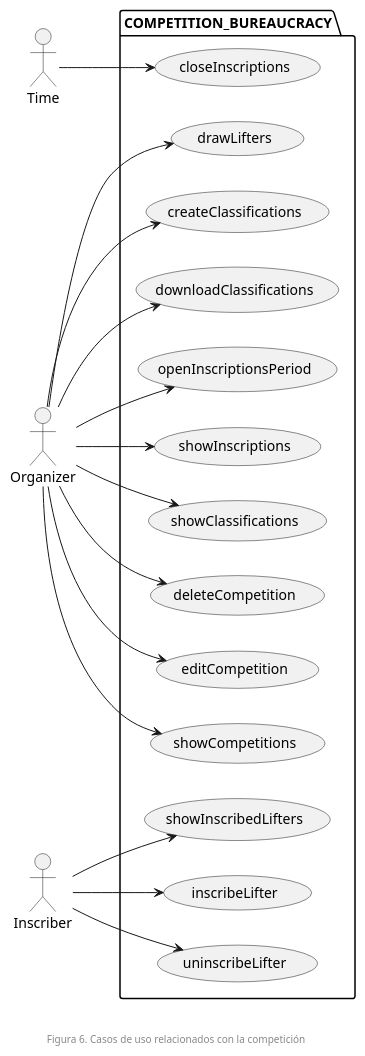
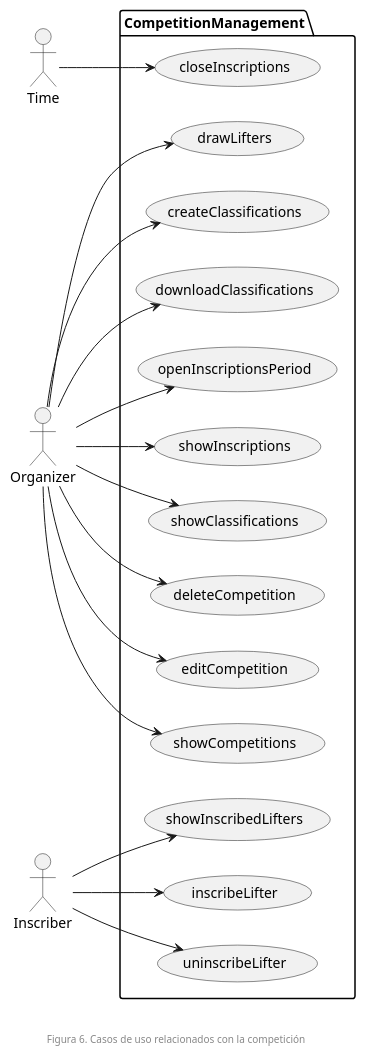
One commit to zuldare/mastercloud_pfm_halterocms changed the diagram in documentation/diagrams/usecases/competitionBureaucracy.puml. Above: the diagram before and after it, drawn with PlantUML. The commit also changed 7 other files, not shown here.

```diff
--- a/documentation/diagrams/usecases/competitionBureaucracy.puml
+++ b/documentation/diagrams/usecases/competitionBureaucracy.puml
@@ -1,39 +1,39 @@
 @startuml
 left to right direction
 
-package COMPETITION_BUREAUCRACY {
+package CompetitionManagement {
  usecase openInscriptionsPeriod
  usecase showInscriptions
  usecase closeInscriptions
 
  usecase deleteCompetition
  usecase editCompetition
  usecase showCompetitions
 
  usecase drawLifters
  usecase inscribeLifter
  usecase uninscribeLifter
  usecase showInscribedLifters
 
  usecase createClassifications
  usecase downloadClassifications
  usecase showClassifications
 }
 
 Time --> closeInscriptions
 Organizer --> openInscriptionsPeriod
 Organizer --> showInscriptions
 Organizer --> drawLifters
 Organizer --> deleteCompetition
 Organizer --> editCompetition
 Organizer --> showCompetitions
 Organizer --> createClassifications
 Organizer --> showClassifications
 Organizer --> downloadClassifications
 
 Inscriber --> inscribeLifter
 Inscriber --> uninscribeLifter
 Inscriber --> showInscribedLifters
 
 footer \n\nFigura 6. Casos de uso relacionados con la competición
 @enduml
```
